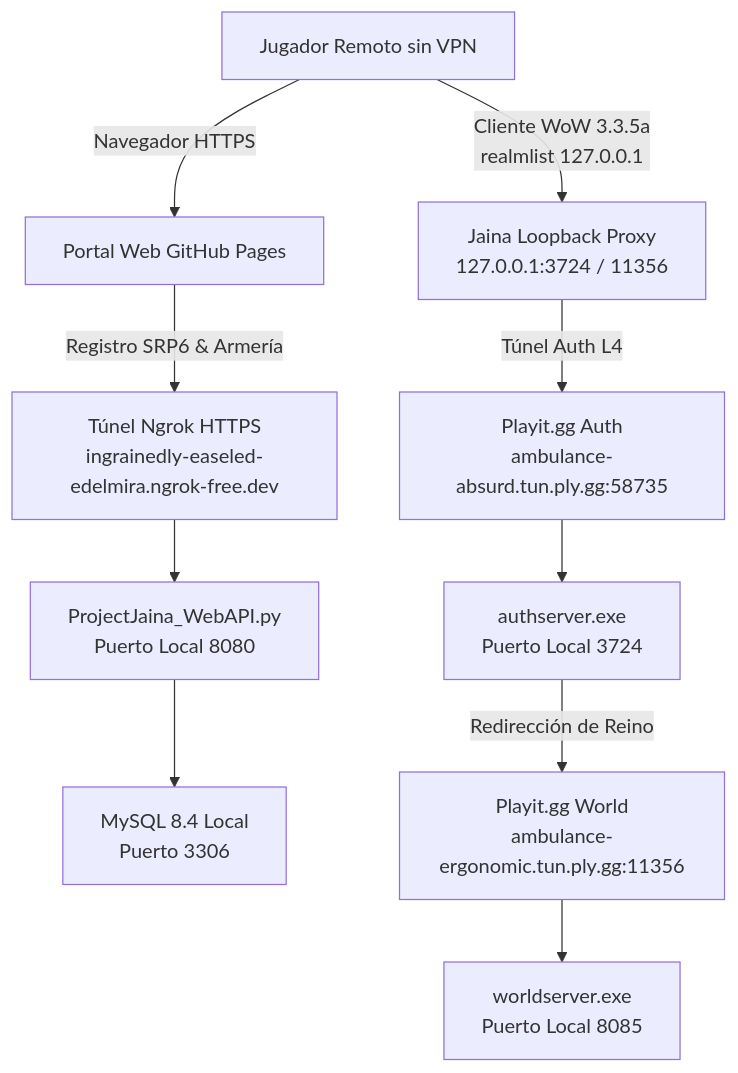
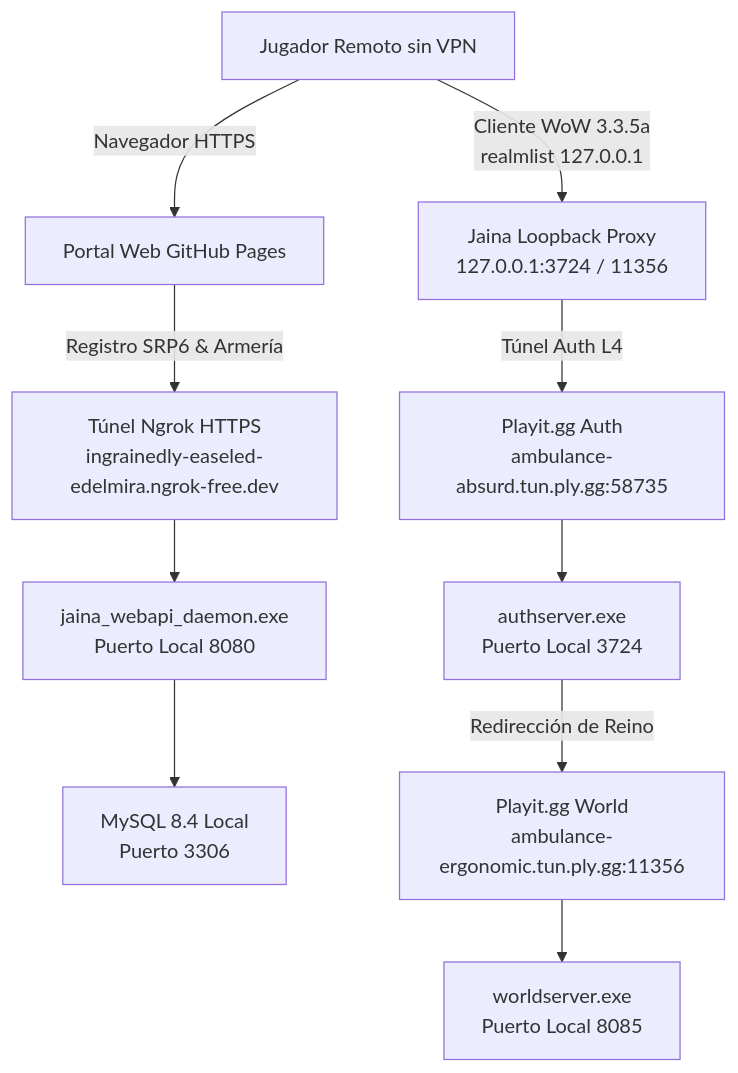
Before and after one commit to DarckRovert/ProjectJaina_Web: the diagram in GOVERNANCE.md, drawn with Mermaid. The commit also changed other lines of this file and 8 other files, not shown here.

````diff
--- a/GOVERNANCE.md
+++ b/GOVERNANCE.md
@@ -67,14 +67,14 @@
 ```mermaid
 flowchart TD
     Player[Jugador Remoto sin VPN] -->|Navegador HTTPS| GHPages[Portal Web GitHub Pages]
     GHPages -->|Registro SRP6 & Armería| Ngrok[Túnel Ngrok HTTPS<br/>ingrainedly-easeled-edelmira.ngrok-free.dev]
-    Ngrok --> WebAPI[ProjectJaina_WebAPI.py<br/>Puerto Local 8080]
+    Ngrok --> WebAPI[jaina_webapi_daemon.exe<br/>Puerto Local 8080]
     WebAPI --> MySQL[MySQL 8.4 Local<br/>Puerto 3306]
 
     Player -->|Cliente WoW 3.3.5a<br/>realmlist 127.0.0.1| LoopbackProxy[Jaina Loopback Proxy<br/>127.0.0.1:3724 / 11356]
     LoopbackProxy -->|Túnel Auth L4| PlayitAuth[Playit.gg Auth<br/>ambulance-absurd.tun.ply.gg:58735]
     PlayitAuth --> AuthLocal[authserver.exe<br/>Puerto Local 3724]
 
     AuthLocal -->|Redirección de Reino| PlayitWorld[Playit.gg World<br/>ambulance-ergonomic.tun.ply.gg:11356]
     PlayitWorld --> WorldLocal[worldserver.exe<br/>Puerto Local 8085]
 ```
````
